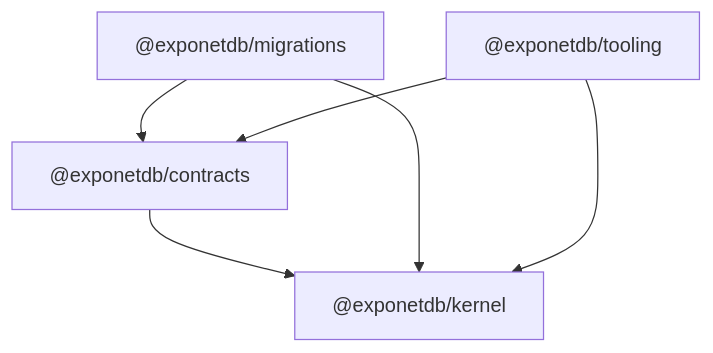
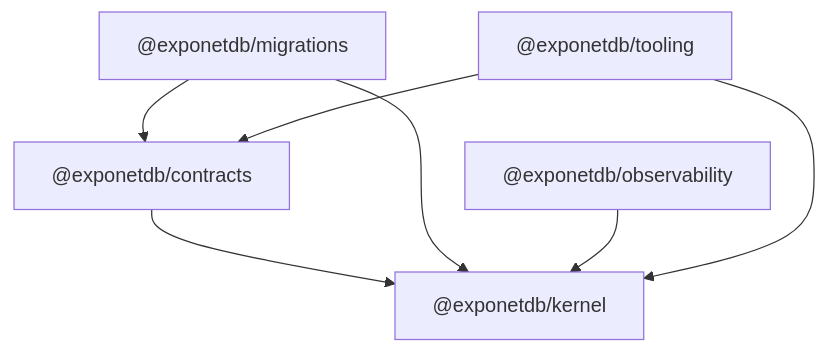
Before and after one commit to davdxpx/ExponetDB: the diagram in tooling/boundaries/package-graph.md, drawn with Mermaid. The commit also changed 18 other files, not shown here.

````diff
--- a/tooling/boundaries/package-graph.md
+++ b/tooling/boundaries/package-graph.md
@@ -7,12 +7,14 @@
 ```mermaid
 graph TD
   packages_contracts["@exponetdb/contracts"]
   packages_kernel["@exponetdb/kernel"]
   packages_migrations["@exponetdb/migrations"]
+  packages_observability["@exponetdb/observability"]
   tooling["@exponetdb/tooling"]
   packages_contracts["@exponetdb/contracts"] --> packages_kernel
   packages_migrations["@exponetdb/migrations"] --> packages_contracts
   packages_migrations["@exponetdb/migrations"] --> packages_kernel
+  packages_observability["@exponetdb/observability"] --> packages_kernel
   tooling["@exponetdb/tooling"] --> packages_contracts
   tooling["@exponetdb/tooling"] --> packages_kernel
 ```
````
